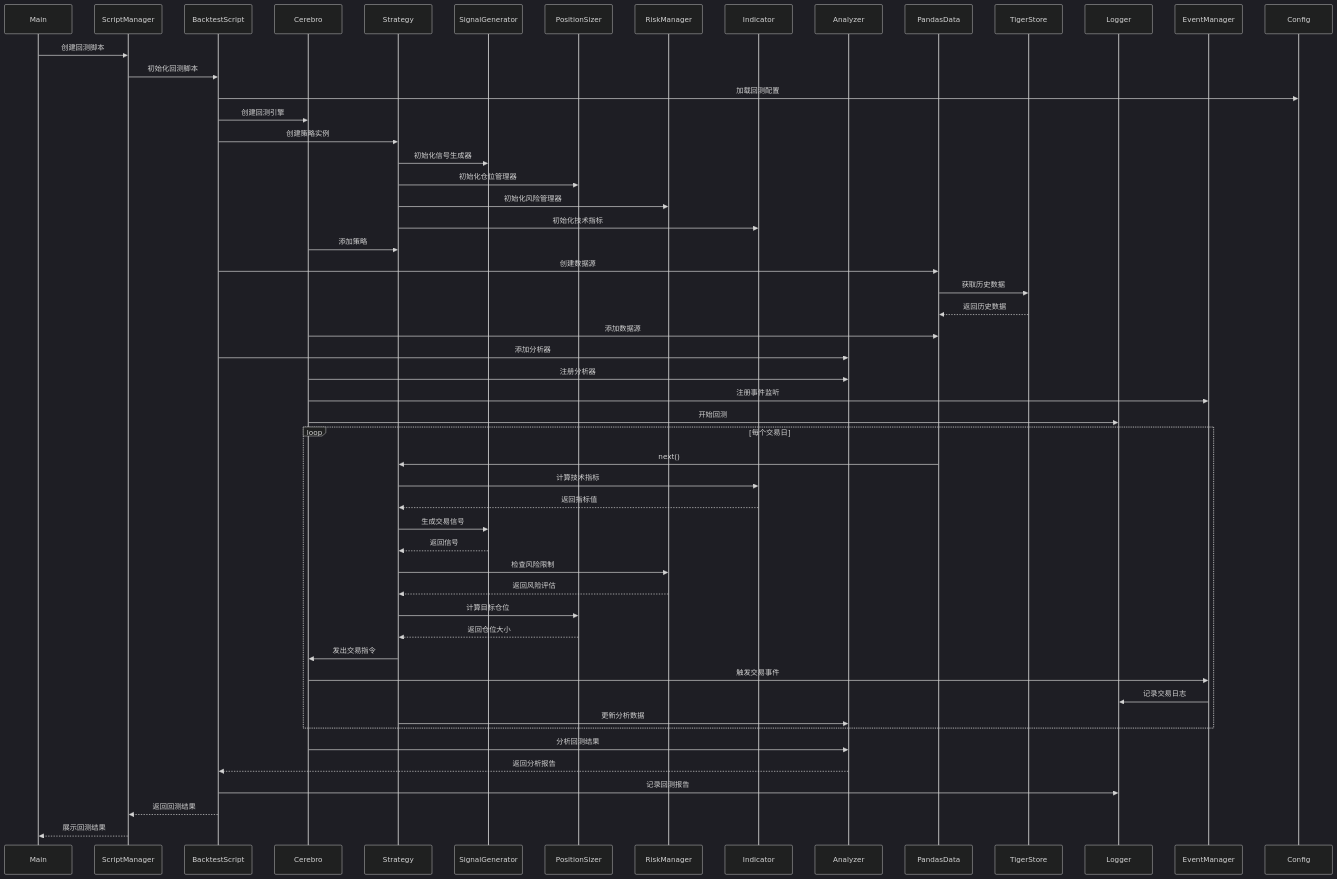
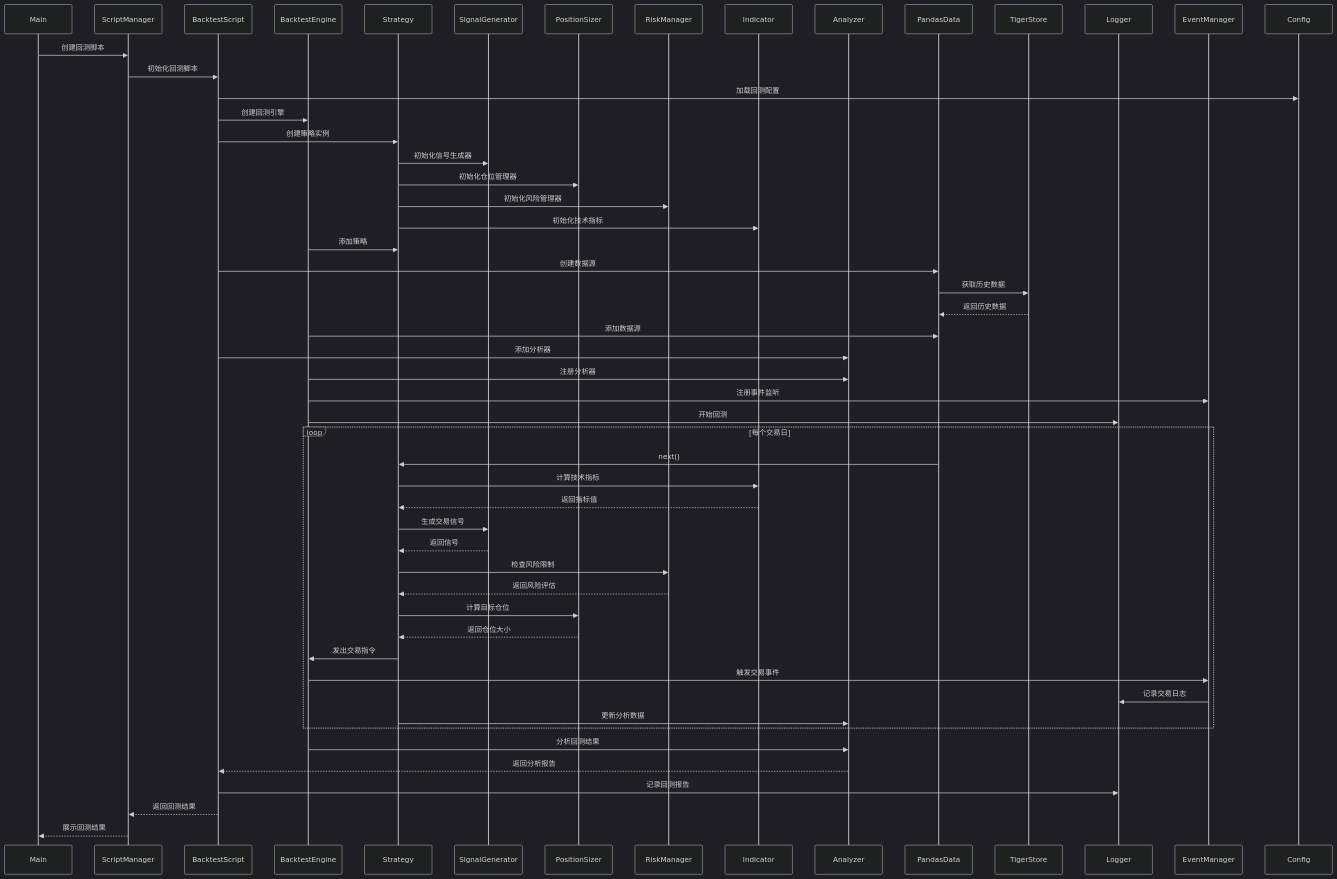
Before and after one commit to xinlee0113/nine_turn_strategy: the second of 5 diagrams in architecture_diagram.md, drawn with Mermaid (dark theme). The commit also changed other lines of this file, not shown here.

````diff
--- a/architecture_diagram.md
+++ b/architecture_diagram.md
@@ -304,59 +304,59 @@
 ```mermaid
 sequenceDiagram
     participant Main
     participant ScriptManager
     participant BacktestScript
-    participant Cerebro
+    participant BacktestEngine
     participant Strategy
     participant SignalGenerator
     participant PositionSizer
     participant RiskManager
     participant Indicator
     participant Analyzer
     participant PandasData
     participant TigerStore
     participant Logger
     participant EventManager
     participant Config
 
     Main->>ScriptManager: 创建回测脚本
     ScriptManager->>BacktestScript: 初始化回测脚本
     BacktestScript->>Config: 加载回测配置
-    BacktestScript->>Cerebro: 创建回测引擎
+    BacktestScript->>BacktestEngine: 创建回测引擎
     BacktestScript->>Strategy: 创建策略实例
     Strategy->>SignalGenerator: 初始化信号生成器
     Strategy->>PositionSizer: 初始化仓位管理器
     Strategy->>RiskManager: 初始化风险管理器
     Strategy->>Indicator: 初始化技术指标
-    Cerebro->>Strategy: 添加策略
+    BacktestEngine->>Strategy: 添加策略
     BacktestScript->>PandasData: 创建数据源
     PandasData->>TigerStore: 获取历史数据
     TigerStore-->>PandasData: 返回历史数据
-    Cerebro->>PandasData: 添加数据源
+    BacktestEngine->>PandasData: 添加数据源
     BacktestScript->>Analyzer: 添加分析器
-    Cerebro->>Analyzer: 注册分析器
-    Cerebro->>EventManager: 注册事件监听
-    Cerebro->>Logger: 开始回测
+    BacktestEngine->>Analyzer: 注册分析器
+    BacktestEngine->>EventManager: 注册事件监听
+    BacktestEngine->>Logger: 开始回测
 
     loop 每个交易日
         PandasData->>Strategy: next()
         Strategy->>Indicator: 计算技术指标
         Indicator-->>Strategy: 返回指标值
         Strategy->>SignalGenerator: 生成交易信号
         SignalGenerator-->>Strategy: 返回信号
         Strategy->>RiskManager: 检查风险限制
         RiskManager-->>Strategy: 返回风险评估
         Strategy->>PositionSizer: 计算目标仓位
         PositionSizer-->>Strategy: 返回仓位大小
-        Strategy->>Cerebro: 发出交易指令
-        Cerebro->>EventManager: 触发交易事件
+        Strategy->>BacktestEngine: 发出交易指令
+        BacktestEngine->>EventManager: 触发交易事件
         EventManager->>Logger: 记录交易日志
         Strategy->>Analyzer: 更新分析数据
     end
 
-    Cerebro->>Analyzer: 分析回测结果
+    BacktestEngine->>Analyzer: 分析回测结果
     Analyzer-->>BacktestScript: 返回分析报告
     BacktestScript->>Logger: 记录回测报告
     BacktestScript-->>ScriptManager: 返回回测结果
     ScriptManager-->>Main: 展示回测结果
 ```
````
